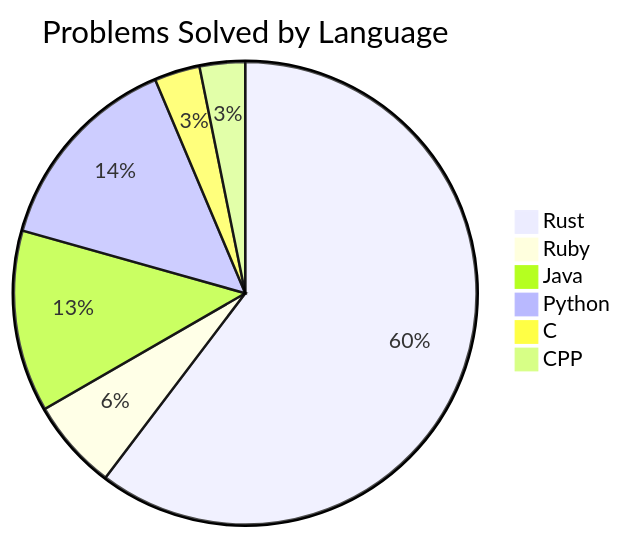
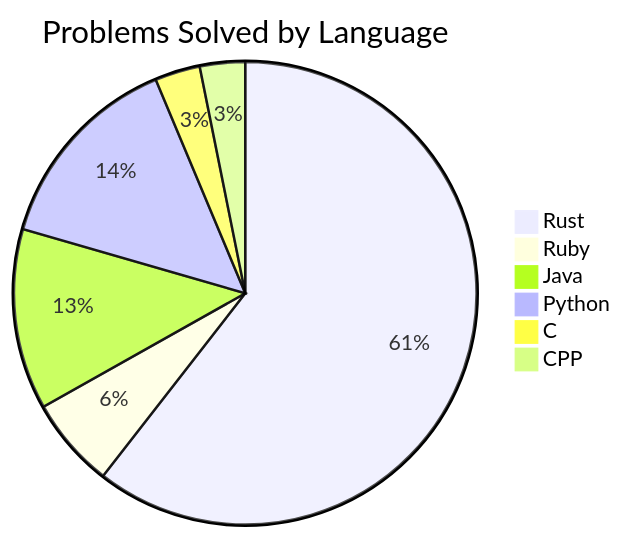
Before and after one commit to Liam-Wirth/leetcode-solutions: the diagram in README.md, drawn with Mermaid. The commit also changed other lines of this file and 6 other files, not shown here.

````diff
--- a/README.md
+++ b/README.md
@@ -29,9 +28,9 @@
 ```mermaid
 pie title Problems Solved by Language
-    "Rust": 114
+    "Rust": 115
     "Ruby": 12
     "Java": 24
     "Python": 27
     "C": 6
     "CPP": 6
 ```
````
